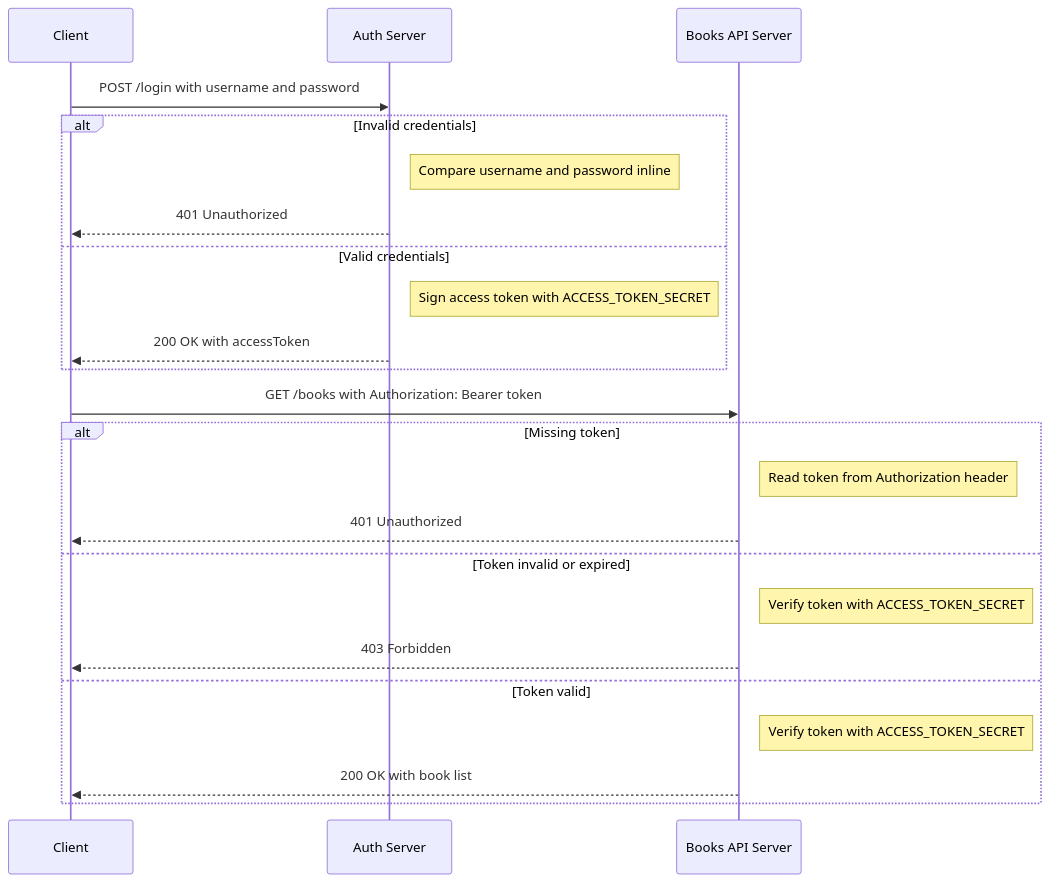
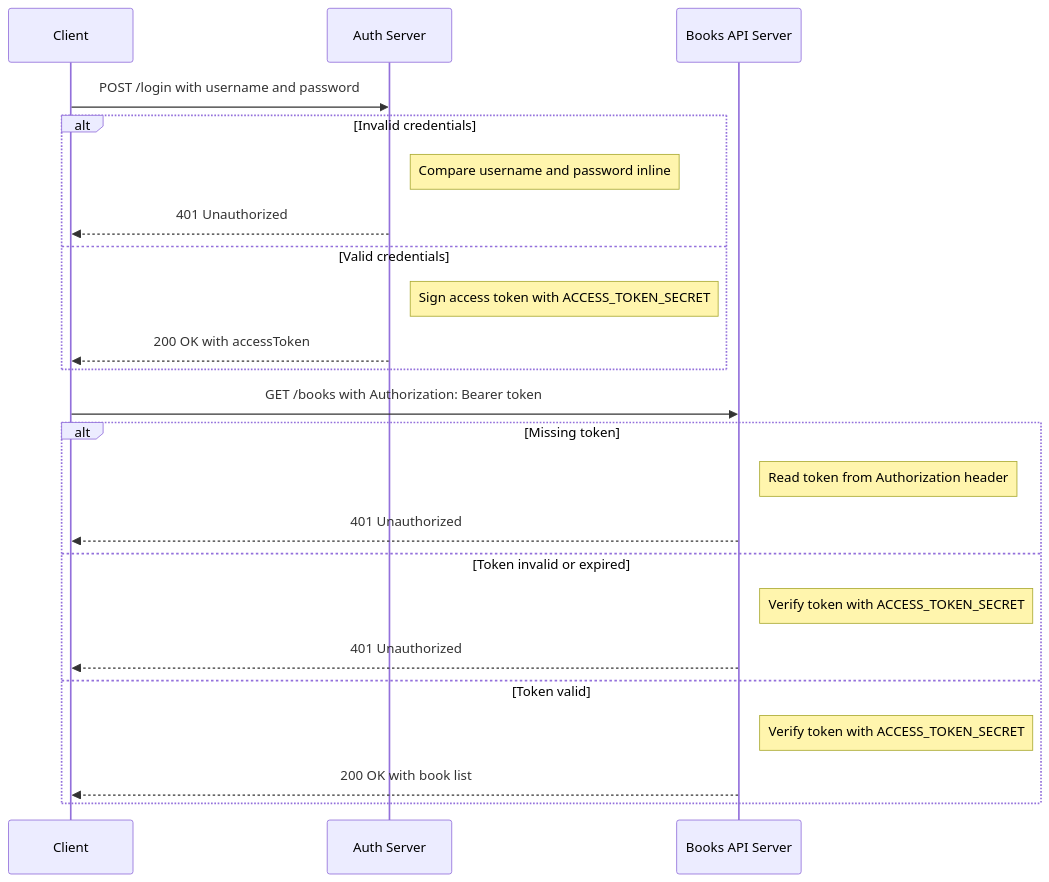
Before and after one commit to thangphan3000/jwt: the diagram in README.md, drawn with Mermaid. The commit also changed 1 other file, not shown here.

Commit message:
fix(auth): return unauthorized for invalid access token

````diff
--- a/README.md
+++ b/README.md
@@ -109,29 +109,29 @@
 ```mermaid
 sequenceDiagram
     participant Client
     participant AuthServer as Auth Server
     participant Books as Books API Server
 
     Client->>AuthServer: POST /login with username and password
 
     alt Invalid credentials
         Note right of AuthServer: Compare username and password inline
         AuthServer-->>Client: 401 Unauthorized
     else Valid credentials
         Note right of AuthServer: Sign access token with ACCESS_TOKEN_SECRET
         AuthServer-->>Client: 200 OK with accessToken
     end
 
     Client->>Books: GET /books with Authorization: Bearer token
 
     alt Missing token
         Note right of Books: Read token from Authorization header
         Books-->>Client: 401 Unauthorized
     else Token invalid or expired
         Note right of Books: Verify token with ACCESS_TOKEN_SECRET
-        Books-->>Client: 403 Forbidden
+        Books-->>Client: 401 Unauthorized
     else Token valid
         Note right of Books: Verify token with ACCESS_TOKEN_SECRET
         Books-->>Client: 200 OK with book list
     end
 ```
````
